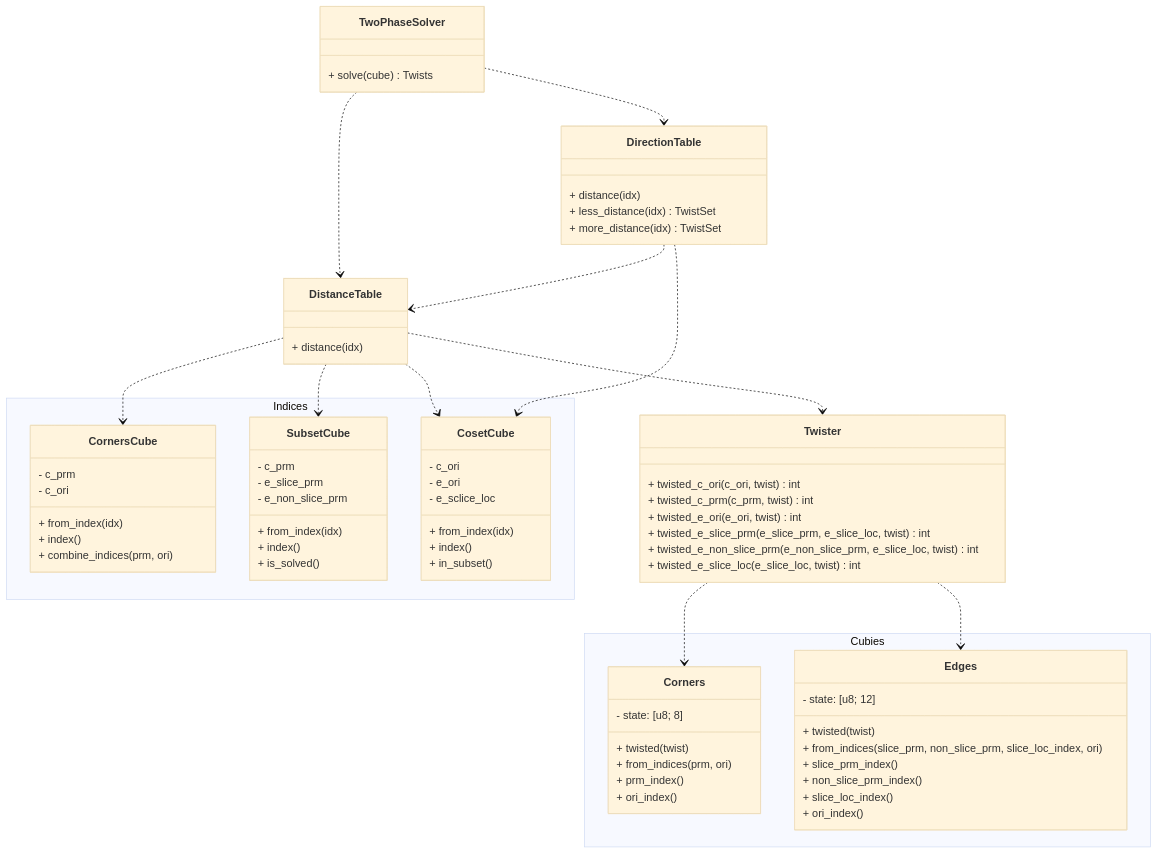
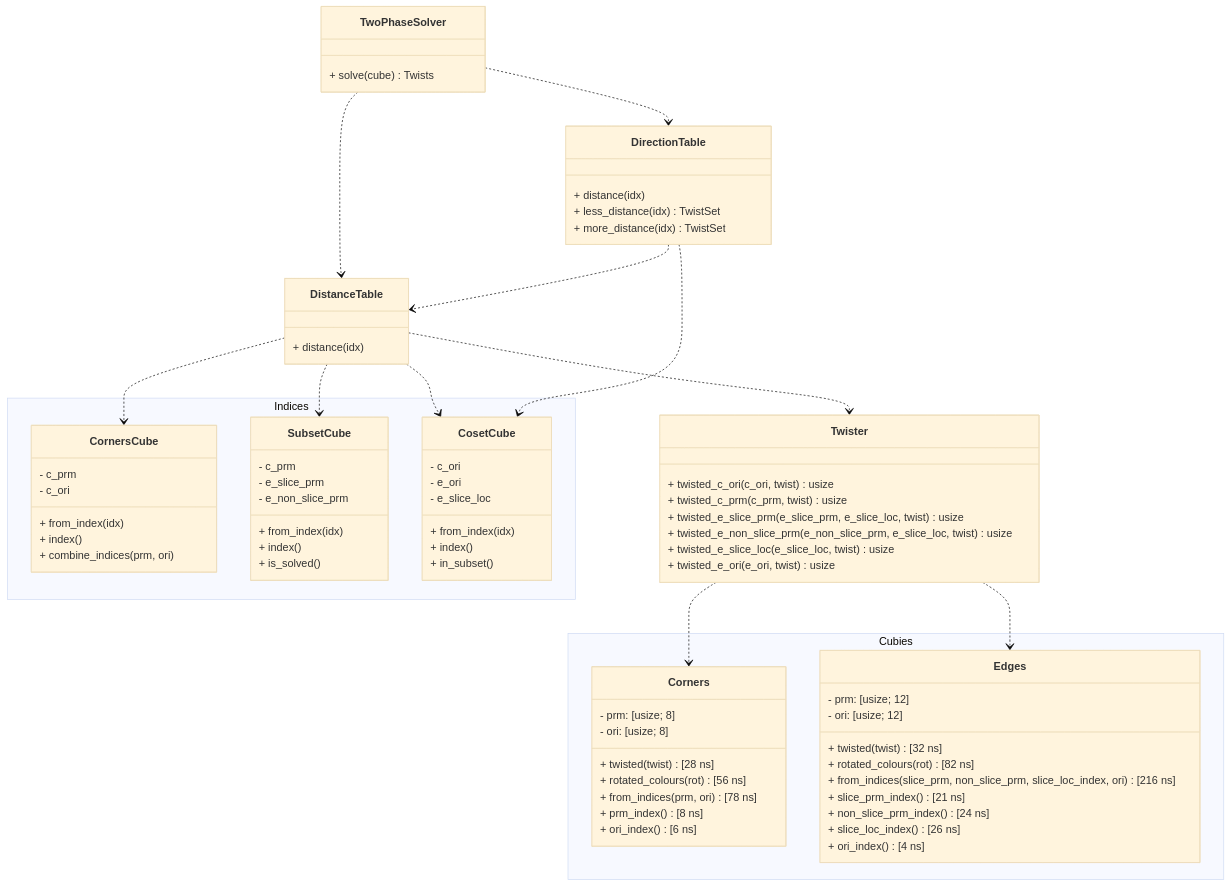
The diagram in architecture.mmd (dominichofer/RubiksCube-rs), drawn with Mermaid (base theme) before and after one commit. The commit also changed 25 other files, not shown here.

```diff
--- a/architecture.mmd
+++ b/architecture.mmd
@@ -1,77 +1,81 @@
 classDiagram
     namespace Cubies {
         class Corners {
-            - state: [u8; 8]
-            + twisted(twist)
-            + from_indices(prm, ori)
-            + prm_index()
-            + ori_index()
+            - prm: [usize; 8]
+            - ori: [usize; 8]
+            + twisted(twist) [28 ns]
+            + rotated_colours(rot) [56 ns]
+            + from_indices(prm, ori) [78 ns]
+            + prm_index() [8 ns]
+            + ori_index() [6 ns]
         }
         class Edges {
-            - state: [u8; 12]
-            + twisted(twist)
-            + from_indices(slice_prm, non_slice_prm, slice_loc_index, ori)
-            + slice_prm_index()
-            + non_slice_prm_index()
-            + slice_loc_index()
-            + ori_index()
+            - prm: [usize; 12]
+            - ori: [usize; 12]
+            + twisted(twist) [32 ns]
+            + rotated_colours(rot) [82 ns]
+            + from_indices(slice_prm, non_slice_prm, slice_loc_index, ori) [216 ns]
+            + slice_prm_index() [21 ns]
+            + non_slice_prm_index() [24 ns]
+            + slice_loc_index() [26 ns]
+            + ori_index() [4 ns]
         }
     }
     namespace Indices {
         class CornersCube {
             - c_prm
             - c_ori
             + from_index(idx)
             + index()
             + combine_indices(prm, ori)
         }
         class SubsetCube {
             - c_prm
             - e_slice_prm
             - e_non_slice_prm
             + from_index(idx)
             + index()
             + is_solved()
         }
         class CosetCube {
             - c_ori
             - e_ori
-            - e_sclice_loc
+            - e_slice_loc
             + from_index(idx)
             + index()
             + in_subset()
         }
     }
 
     class Twister {
-        + twisted_c_ori(c_ori, twist) int
-        + twisted_c_prm(c_prm, twist) int
-        + twisted_e_ori(e_ori, twist) int
-        + twisted_e_slice_prm(e_slice_prm, e_slice_loc, twist) int
-        + twisted_e_non_slice_prm(e_non_slice_prm, e_slice_loc, twist) int
-        + twisted_e_slice_loc(e_slice_loc, twist) int
+        + twisted_c_ori(c_ori, twist) usize
+        + twisted_c_prm(c_prm, twist) usize
+        + twisted_e_slice_prm(e_slice_prm, e_slice_loc, twist) usize
+        + twisted_e_non_slice_prm(e_non_slice_prm, e_slice_loc, twist) usize
+        + twisted_e_slice_loc(e_slice_loc, twist) usize
+        + twisted_e_ori(e_ori, twist) usize
     }
     Twister ..> Corners
     Twister ..> Edges
 
     class DistanceTable {
         + distance(idx)
     }
     DistanceTable ..> CornersCube
     DistanceTable ..> SubsetCube
     DistanceTable ..> CosetCube
     DistanceTable ..> Twister
 
     class DirectionTable {
         + distance(idx)
         + less_distance(idx) TwistSet
         + more_distance(idx) TwistSet
     }
     DirectionTable ..> DistanceTable
     DirectionTable ..> CosetCube
 
     class TwoPhaseSolver {
         + solve(cube) Twists
     }
     TwoPhaseSolver ..> DistanceTable
     TwoPhaseSolver ..> DirectionTable
```
